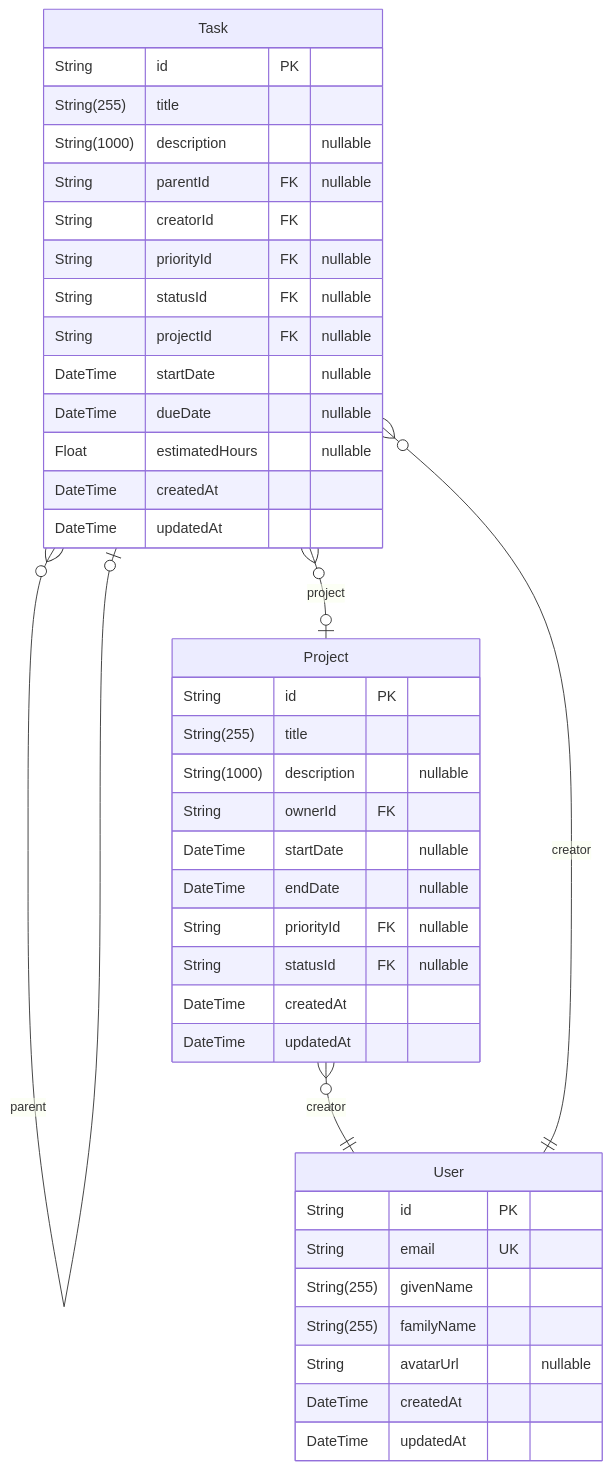
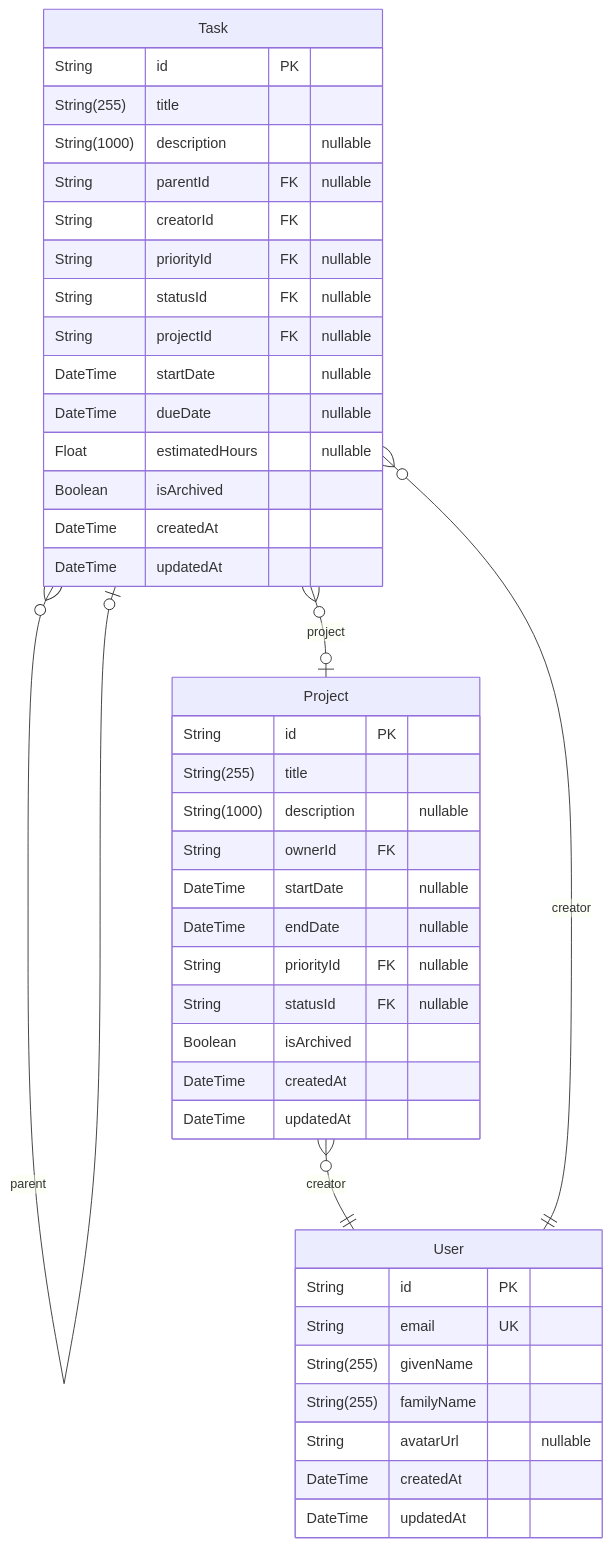
The fifth of 6 diagrams in docs/database-schema.md (MaquestiauxLabs/demo-react-taskmanager), drawn with Mermaid before and after one commit. The commit also changed other lines of this file and 2 other files, not shown here.

Commit message:
TASKS/PROJECTS: Implement archived flag in schema and migration Fixes #58

````diff
--- a/docs/database-schema.md
+++ b/docs/database-schema.md
@@ -232,43 +236,45 @@
 ```mermaid
 erDiagram
 "Project" {
   String id PK
   String(255) title
   String(1000) description "nullable"
   String ownerId FK
   DateTime startDate "nullable"
   DateTime endDate "nullable"
   String priorityId FK "nullable"
   String statusId FK "nullable"
+  Boolean isArchived
   DateTime createdAt
   DateTime updatedAt
 }
 "Task" {
   String id PK
   String(255) title
   String(1000) description "nullable"
   String parentId FK "nullable"
   String creatorId FK
   String priorityId FK "nullable"
   String statusId FK "nullable"
   String projectId FK "nullable"
   DateTime startDate "nullable"
   DateTime dueDate "nullable"
   Float estimatedHours "nullable"
+  Boolean isArchived
   DateTime createdAt
   DateTime updatedAt
 }
 "User" {
   String id PK
   String email UK
   String(255) givenName
   String(255) familyName
   String avatarUrl "nullable"
   DateTime createdAt
   DateTime updatedAt
 }
 "Project" }o--|| "User" : creator
 "Task" }o--o| "Task" : parent
 "Task" }o--|| "User" : creator
 "Task" }o--o| "Project" : project
 ```
````
